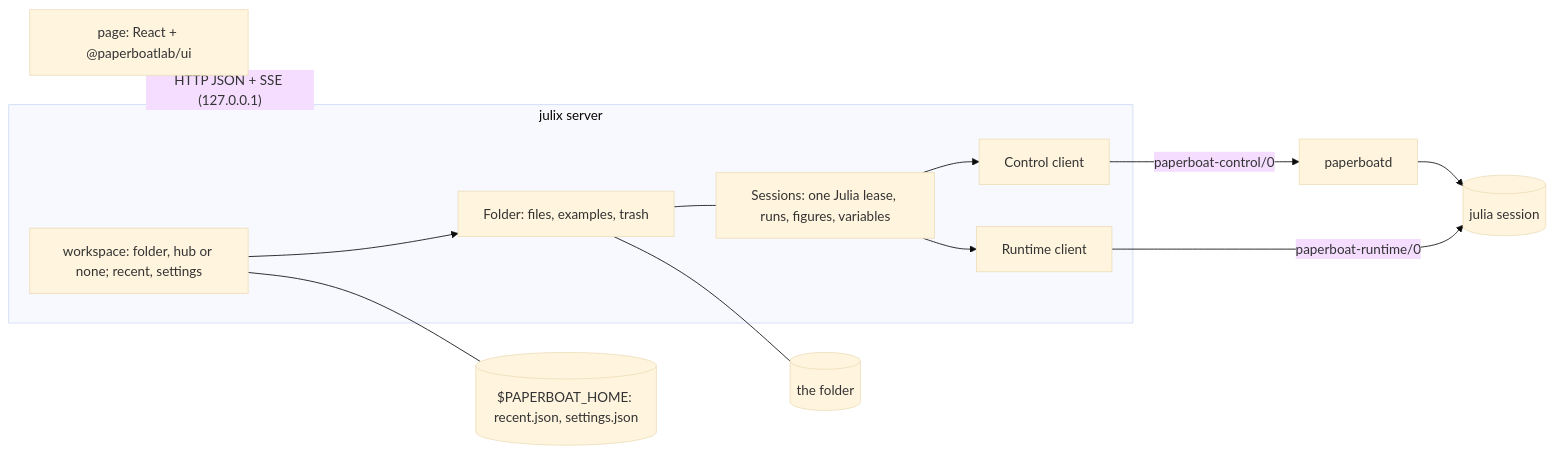
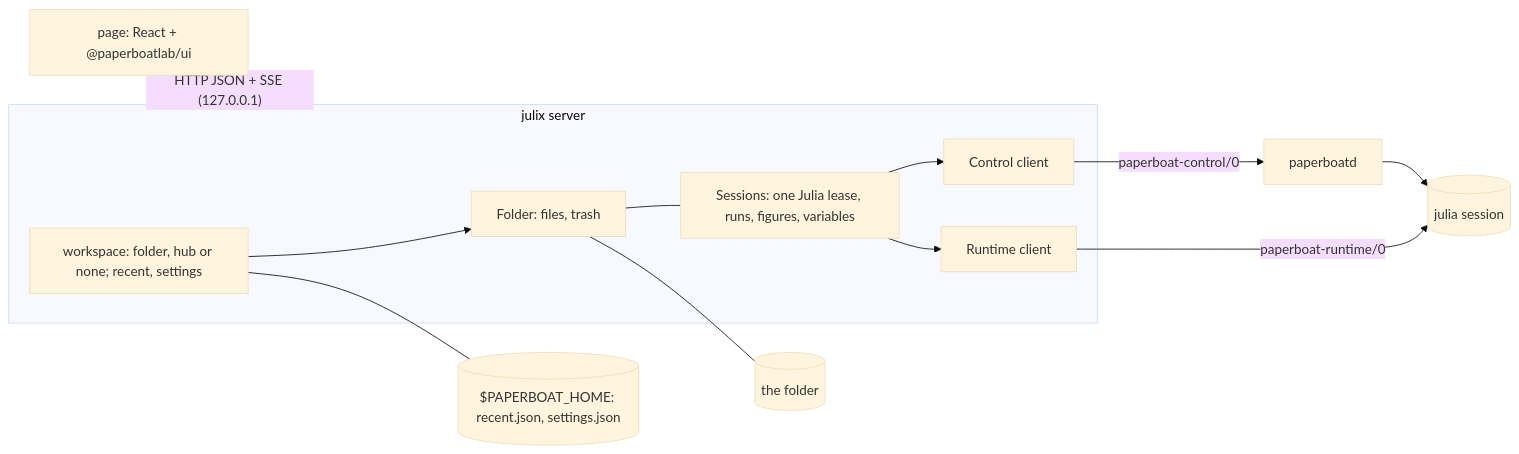
The diagram in ARCHITECTURE.md (paperboatlab/julix), drawn with Mermaid (base theme) before and after one commit. The commit also changed other lines of this file and 24 other files, not shown here.

````diff
--- a/ARCHITECTURE.md
+++ b/ARCHITECTURE.md
@@ -13,15 +13,15 @@
 ```mermaid
 flowchart LR
   P[page: React + @paperboatlab/ui] -- "HTTP JSON + SSE (127.0.0.1)" --> S
   subgraph S[julix server]
-    F[Folder: files, examples, trash] --- X[Sessions: one Julia lease, runs, figures, variables]
+    F[Folder: files, trash] --- X[Sessions: one Julia lease, runs, figures, variables]
     W2[workspace: folder, hub or none; recent, settings] --> F
     X --> C[Control client]
     X --> R[Runtime client]
   end
   C -- paperboat-control/0 --> D[paperboatd]
   R -- paperboat-runtime/0 --> K[(julia session)]
   D --> K
   F --- W[(the folder)]
   W2 --- H[($PAPERBOAT_HOME: recent.json, settings.json)]
 ```
````
